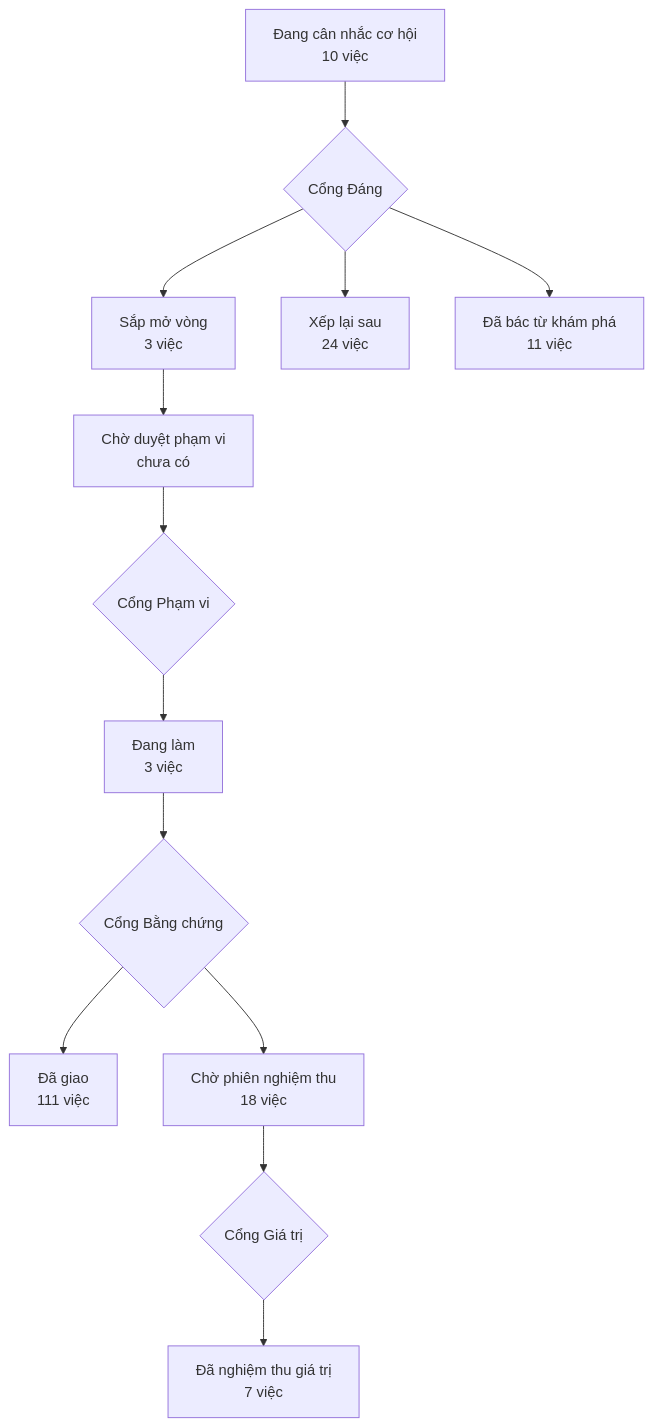
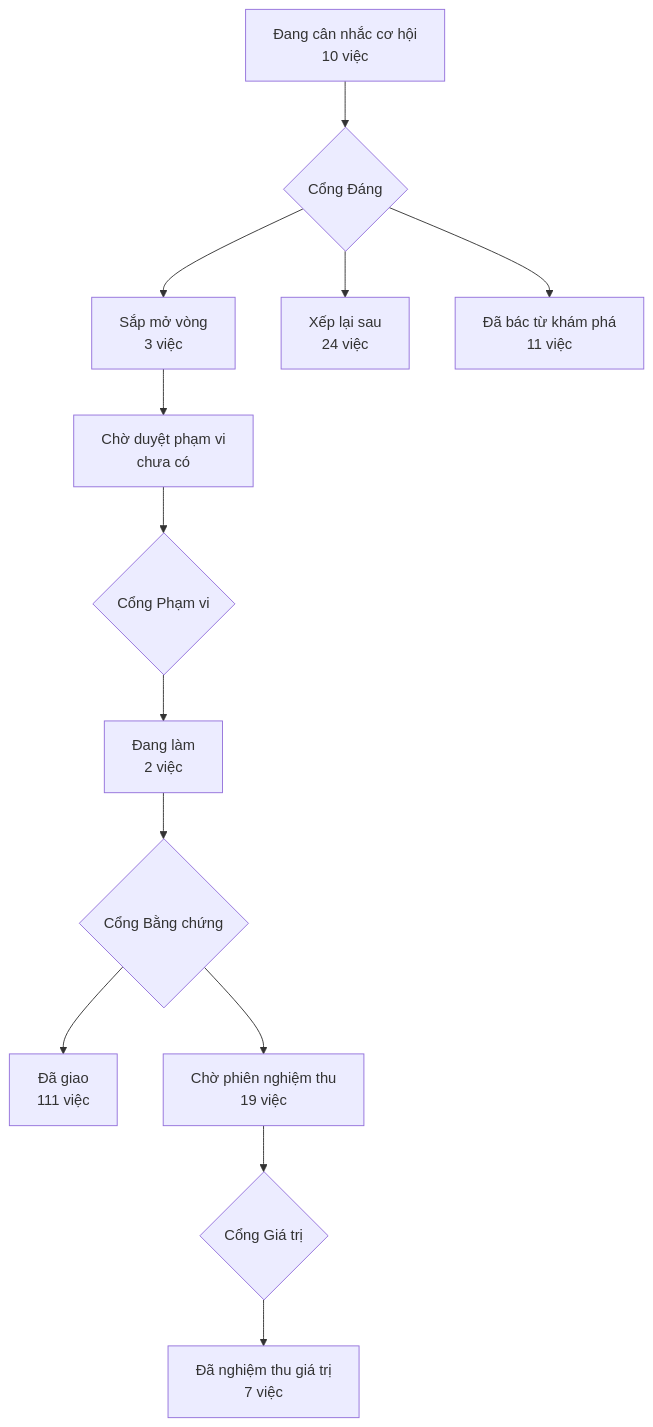
Before and after one commit to phanlemanh/acceptance-gate-kit: the diagram in PRODUCT-MAP.md, drawn with Mermaid. The commit also changed 7 other files, not shown here.

````diff
--- a/PRODUCT-MAP.md
+++ b/PRODUCT-MAP.md
@@ -7,12 +7,12 @@
 ```mermaid
 flowchart TD
   A["Đang cân nhắc cơ hội<br/>10 việc"] --> GD{"Cổng Đáng"}
   GD --> B["Sắp mở vòng<br/>3 việc"]
   GD --> XL["Xếp lại sau<br/>24 việc"]
   GD --> DB["Đã bác từ khám phá<br/>11 việc"]
   B --> CD["Chờ duyệt phạm vi<br/>chưa có"] --> GP{"Cổng Phạm vi"}
-  GP --> DL["Đang làm<br/>3 việc"] --> GB{"Cổng Bằng chứng"}
+  GP --> DL["Đang làm<br/>2 việc"] --> GB{"Cổng Bằng chứng"}
   GB --> DG["Đã giao<br/>111 việc"]
-  GB --> CN["Chờ phiên nghiệm thu<br/>18 việc"] --> GG{"Cổng Giá trị"}
+  GB --> CN["Chờ phiên nghiệm thu<br/>19 việc"] --> GG{"Cổng Giá trị"}
   GG --> NT["Đã nghiệm thu giá trị<br/>7 việc"]
 ```
````
